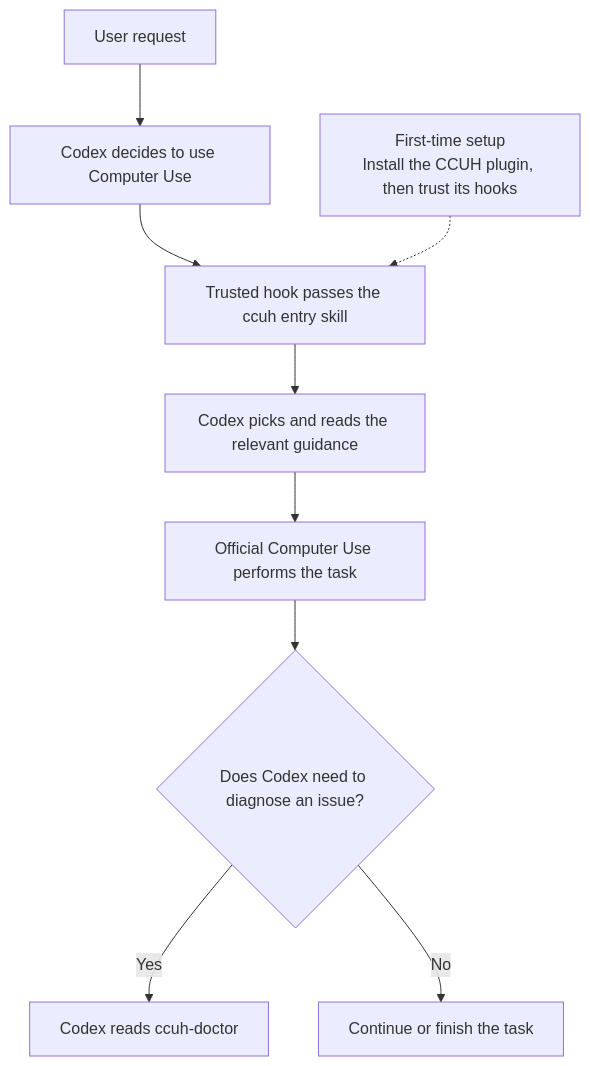
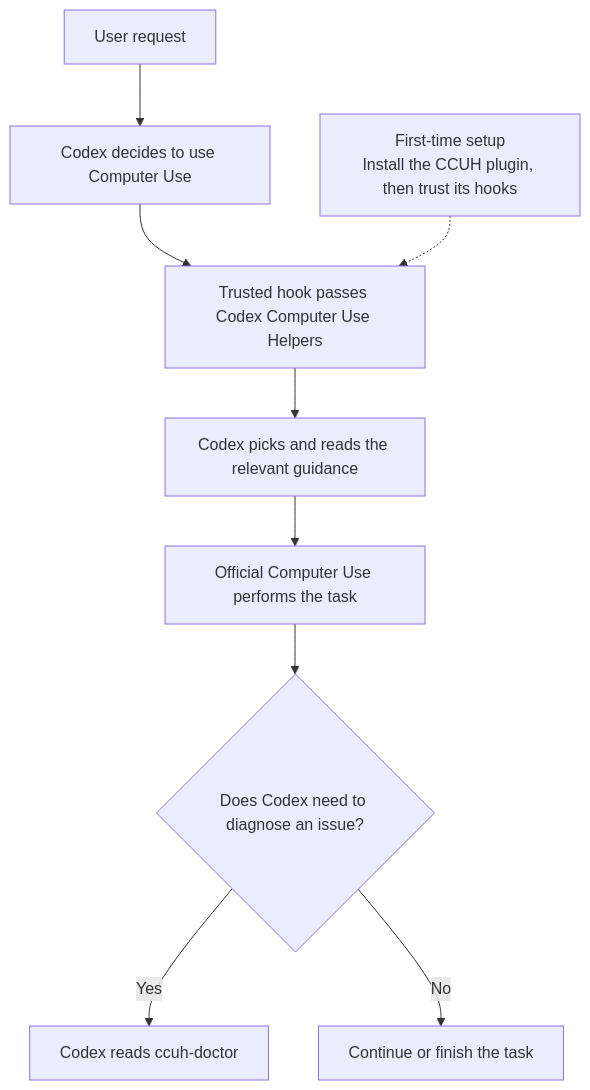
The diagram in README.md (Package-KR/CCUH), drawn with Mermaid before and after one commit. The commit also changed other lines of this file and 9 other files, not shown here.

First line of the commit message:
fix!: 진입 스킬 이름을 Codex Computer Use Helpers로 변경

````diff
--- a/README.md
+++ b/README.md
@@ -86,11 +86,11 @@
 ```mermaid
 flowchart TD
   U["User request"] --> C["Codex decides to use Computer Use"]
-  C --> H["Trusted hook passes the ccuh entry skill"]
+  C --> H["Trusted hook passes Codex Computer Use Helpers"]
   P["First-time setup<br/>Install the CCUH plugin, then trust its hooks"] -.-> H
   H --> S["Codex picks and reads the relevant guidance"]
   S --> B["Official Computer Use performs the task"]
   B --> R{"Does Codex need to diagnose an issue?"}
   R -->|"Yes"| D["Codex reads ccuh-doctor"]
   R -->|"No"| F["Continue or finish the task"]
 ```
````
